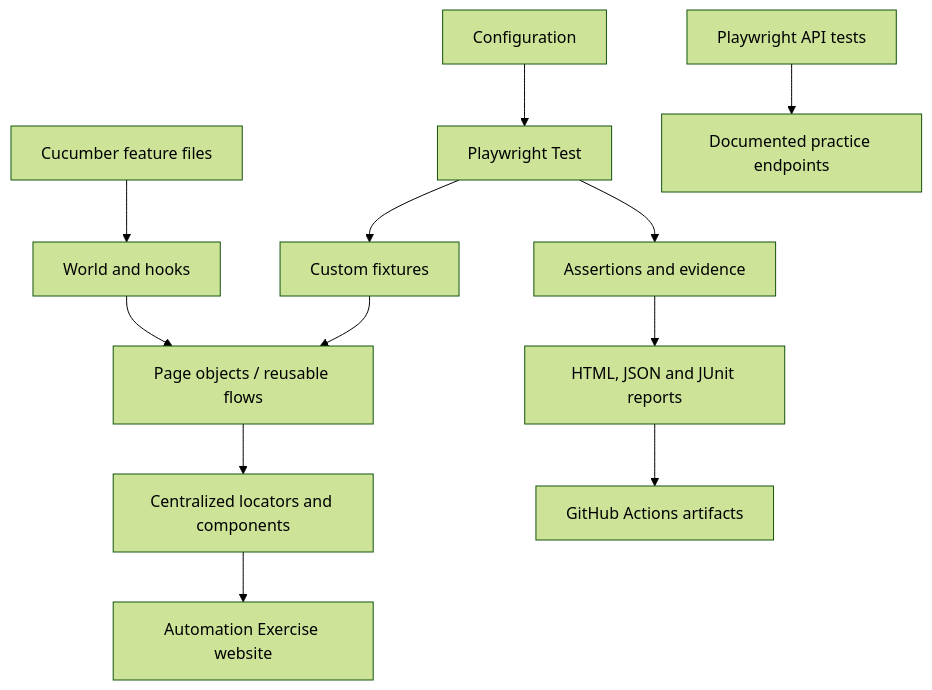
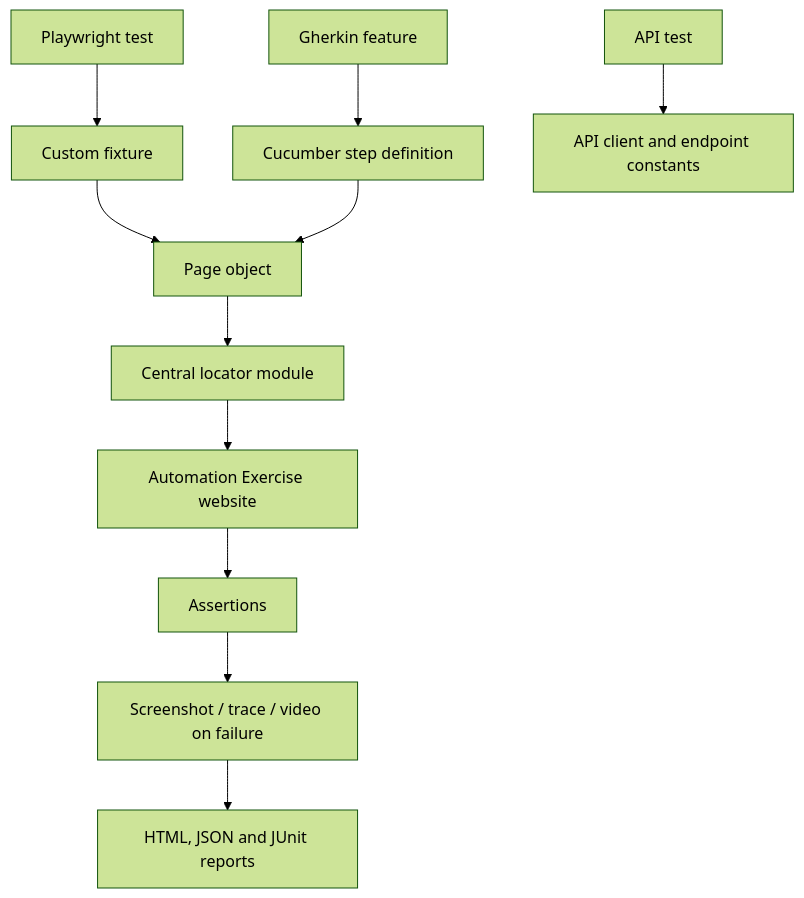
The diagram in README.md (SanFlash/automationExercise), drawn with Mermaid (forest theme) before and after one commit. The commit also changed other lines of this file, not shown here.

Commit message:
docs: expand README into automation learning curriculum

````diff
--- a/README.md
+++ b/README.md
@@ -20,14 +47,13 @@
 ```mermaid
 flowchart TD
-  A[Configuration] --> B[Playwright Test]
-  B --> C[Custom fixtures]
-  C --> D[Page objects / reusable flows]
-  D --> E[Centralized locators and components]
-  E --> F[Automation Exercise website]
-  B --> G[Assertions and evidence]
+  A[Playwright test] --> B[Custom fixture]
+  B --> C[Page object]
+  C --> D[Central locator module]
+  D --> E[Automation Exercise website]
+  E --> F[Assertions]
+  F --> G[Screenshot / trace / video on failure]
   G --> H[HTML, JSON and JUnit reports]
-  I[Cucumber feature files] --> J[World and hooks]
-  J --> D
-  K[Playwright API tests] --> L[Documented practice endpoints]
-  H --> M[GitHub Actions artifacts]
+  I[Gherkin feature] --> J[Cucumber step definition]
+  J --> C
+  K[API test] --> L[API client and endpoint constants]
 ```
````
